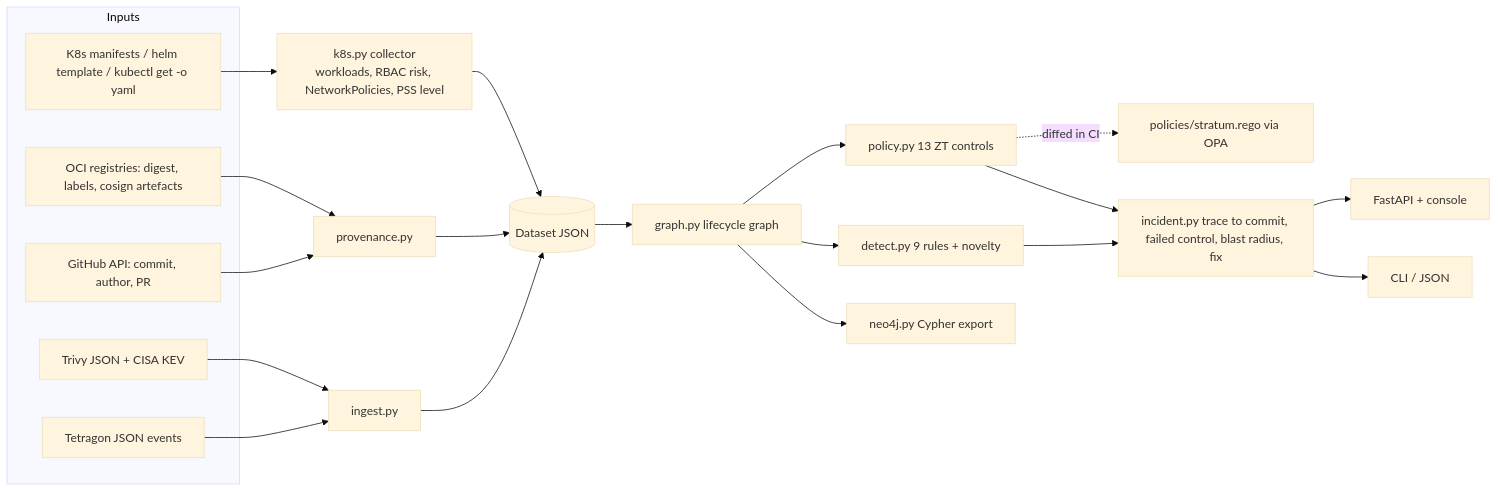
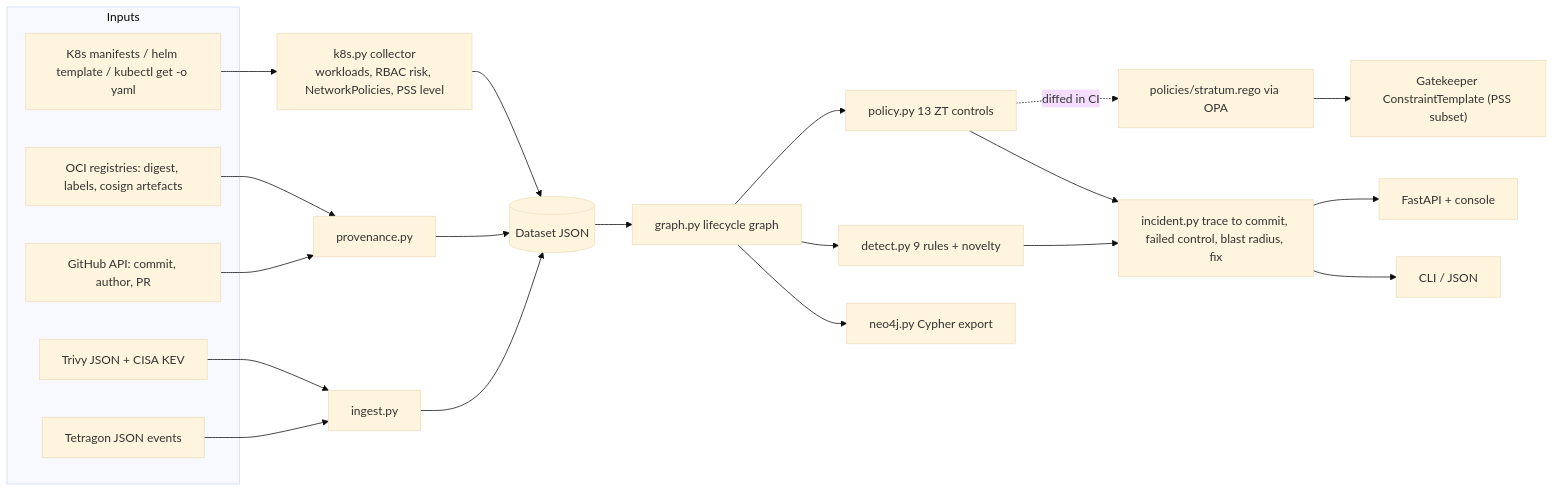
The diagram in docs/architecture.md (rakshit-737/stratum), drawn with Mermaid (base theme) before and after one commit. The commit also changed 43 other files, not shown here.

Commit message:
docs: MkDocs Material site with API reference and static console demo

````diff
--- a/docs/architecture.md
+++ b/docs/architecture.md
@@ -3,27 +3,28 @@
 ```mermaid
 flowchart LR
   subgraph Inputs
-    MAN[K8s manifests / helm template / kubectl get -o yaml]
-    REG[OCI registries: digest, labels, cosign artefacts]
-    GH[GitHub API: commit, author, PR]
-    TRV[Trivy JSON + CISA KEV]
-    TET[Tetragon JSON events]
+    MAN["K8s manifests / helm template / kubectl get -o yaml"]
+    REG["OCI registries: digest, labels, cosign artefacts"]
+    GH["GitHub API: commit, author, PR"]
+    TRV["Trivy JSON + CISA KEV"]
+    TET["Tetragon JSON events"]
   end
-  MAN --> K8S[k8s.py collector<br/>workloads, RBAC risk, NetworkPolicies, PSS level]
-  REG --> PROV[provenance.py]
+  MAN --> K8S["k8s.py collector<br/>workloads, RBAC risk, NetworkPolicies, PSS level"]
+  REG --> PROV["provenance.py"]
   GH --> PROV
-  TRV --> ING[ingest.py]
+  TRV --> ING["ingest.py"]
   TET --> ING
-  K8S --> DS[(Dataset JSON)]
+  K8S --> DS[("Dataset JSON")]
   PROV --> DS
   ING --> DS
-  DS --> G[graph.py lifecycle graph]
-  G --> POL[policy.py 13 ZT controls]
-  POL -. diffed in CI .-> REGO[policies/stratum.rego via OPA]
-  G --> DET[detect.py 9 rules + novelty]
-  DET --> INC[incident.py trace to commit, failed control, blast radius, fix]
+  DS --> G["graph.py lifecycle graph"]
+  G --> POL["policy.py 13 ZT controls"]
+  POL -. "diffed in CI" .-> REGO["policies/stratum.rego via OPA"]
+  G --> DET["detect.py 9 rules + novelty"]
+  DET --> INC["incident.py trace to commit, failed control, blast radius, fix"]
   POL --> INC
-  INC --> API[FastAPI + console]
-  G --> NEO[neo4j.py Cypher export]
-  INC --> CLI[CLI / JSON]
+  INC --> API["FastAPI + console"]
+  REGO --> GK["Gatekeeper ConstraintTemplate (PSS subset)"]
+  G --> NEO["neo4j.py Cypher export"]
+  INC --> CLI["CLI / JSON"]
 ```
````
